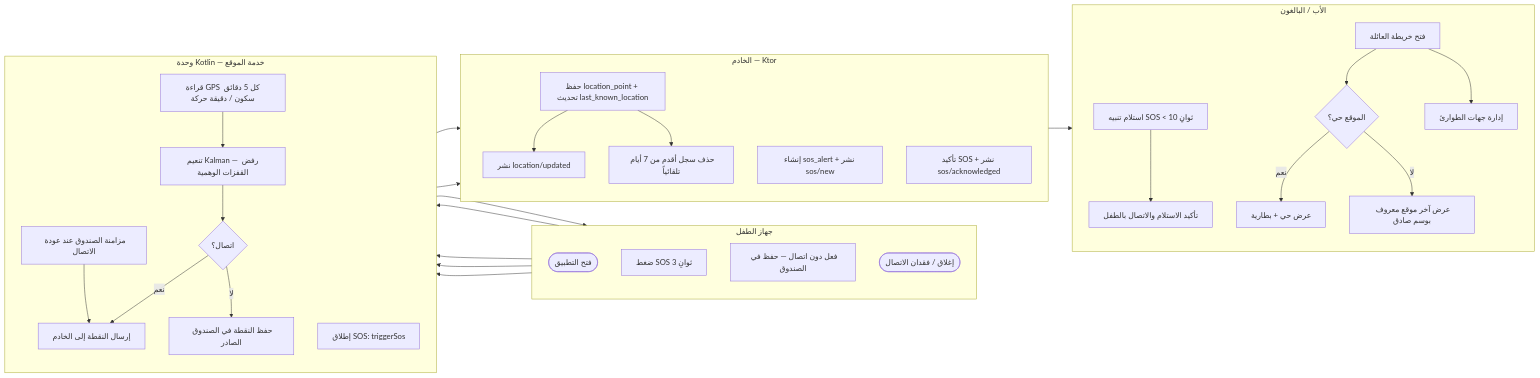
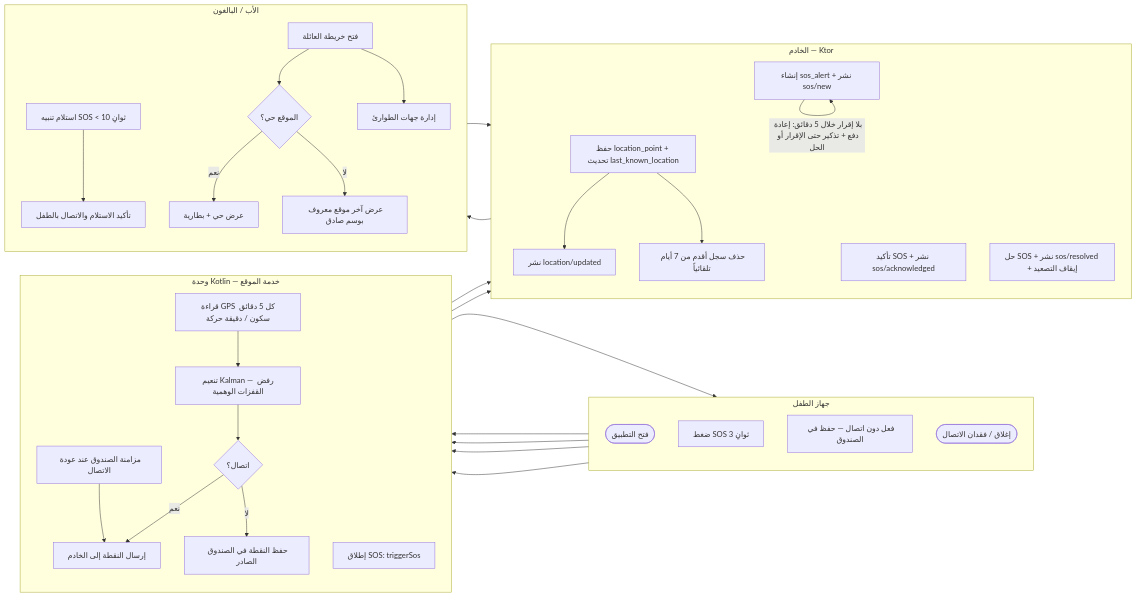
Diagram 13 of 13 in docs/family-os/governance/phases/phase-1/S1-07-location-basic/DIAGRAMS.md (Bassam-mohammed-alqaeadi/family-os-v2), drawn with Mermaid before and after one commit. The commit also changed other lines of this file and 19 other files, not shown here.

````diff
--- a/docs/family-os/governance/phases/phase-1/S1-07-location-basic/DIAGRAMS.md
+++ b/docs/family-os/governance/phases/phase-1/S1-07-location-basic/DIAGRAMS.md
@@ -428,59 +470,62 @@
 ```mermaid
 flowchart LR
     subgraph Device [جهاز الطفل]
         direction TB
         U1([فتح التطبيق])
         U2[ضغط SOS 3 ثوانٍ]
         U3[فعل دون اتصال — حفظ في الصندوق]
         U4([إغلاق / فقدان الاتصال])
     end
     subgraph Kotlin [وحدة Kotlin — خدمة الموقع]
         direction TB
         K1[قراءة GPS كل 5 دقائق سكون / دقيقة حركة]
         K2[تنعيم Kalman — رفض القفزات الوهمية]
         K3{اتصال؟}
         K4[إرسال النقطة إلى الخادم]
         K5[حفظ النقطة في الصندوق الصادر]
         K6[مزامنة الصندوق عند عودة الاتصال]
         K7[إطلاق SOS: triggerSos]
     end
     subgraph Server [الخادم — Ktor]
         direction TB
         V1[حفظ location_point + تحديث last_known_location]
         V2[نشر location/updated]
         V3[إنشاء sos_alert + نشر sos/new]
         V4[حذف سجل أقدم من 7 أيام تلقائياً]
         V5[تأكيد SOS + نشر sos/acknowledged]
+        V6[حل SOS + نشر sos/resolved + إيقاف التصعيد]
     end
     subgraph Parent [الأب / البالغون]
         direction TB
         F1[فتح خريطة العائلة]
         F2{الموقع حي؟}
         F3[عرض حي + بطارية]
         F4[عرض آخر موقع معروف بوسم صادق]
         F5[استلام تنبيه SOS < 10 ثوانٍ]
         F6[تأكيد الاستلام والاتصال بالطفل]
         F7[إدارة جهات الطوارئ]
     end
 
     U1 --> K1
     K1 --> K2
     K2 --> K3
     K3 -->|نعم| K4
     K3 -->|لا| K5
     K4 --> V1
     V1 --> V2
     K5 --> U3
     U3 --> K6
     K6 --> K4
     V1 --> V4
     U2 --> K7
     K7 --> V3
     V3 --> F5
+    V3 -->|بلا إقرار خلال 5 دقائق: إعادة دفع + تذكير حتى الإقرار أو الحل| V3
     F5 --> F6
+    F6 --> V6
     F1 --> F2
     F2 -->|نعم| F3
     F2 -->|لا| F4
     F1 --> F7
     U4 --> K5
 ```
````
